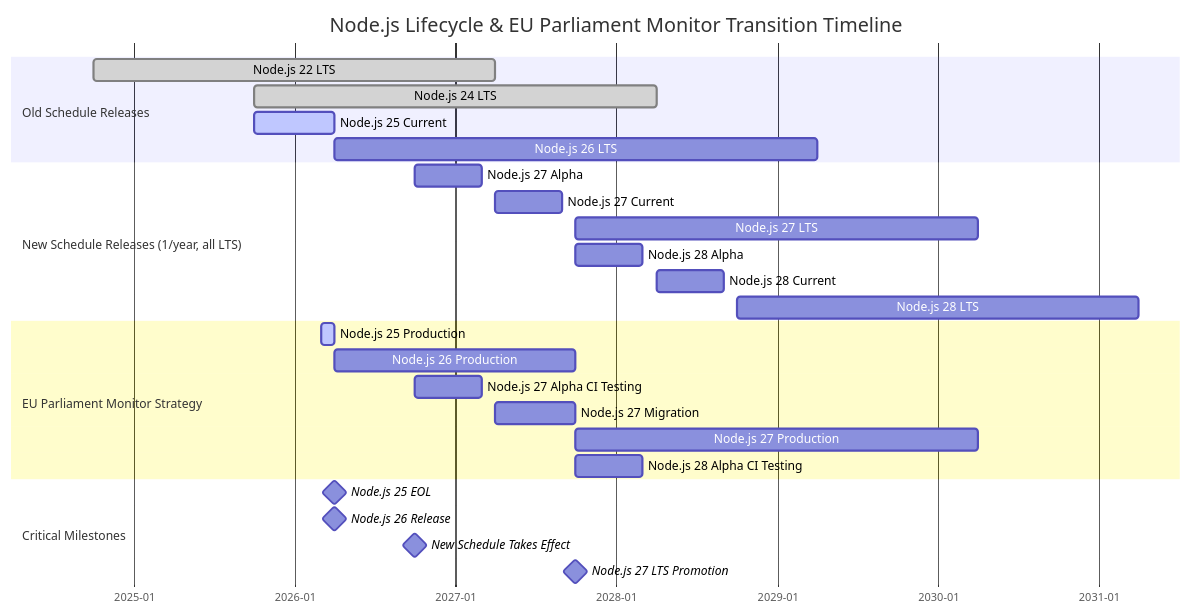
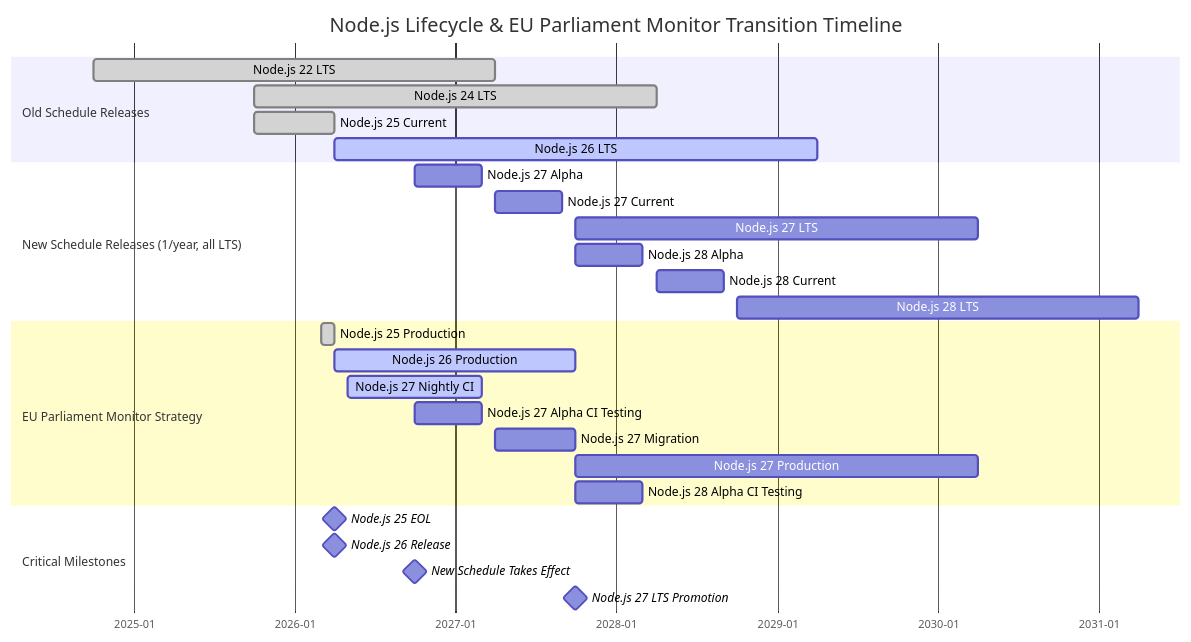
One commit to Hack23/euparliamentmonitor changed the second of 6 diagrams in End-of-Life-Strategy.md. Above: the diagram before and after it, drawn with Mermaid. The commit also changed other lines of this file and 99 other files, not shown here.

Commit message:
chore: upgrade Node.js 25→26, add Node.js 27 nightly CI testing

````diff
--- a/End-of-Life-Strategy.md
+++ b/End-of-Life-Strategy.md
@@ -222,35 +222,36 @@
 ```mermaid
 gantt
     title Node.js Lifecycle & EU Parliament Monitor Transition Timeline
     dateFormat YYYY-MM
     axisFormat %Y-%m
 
     section Old Schedule Releases
     %% LTS support windows (month-level, aligned with Node.js LTS/EOL schedule)
     Node.js 22 LTS              :done, node22, 2024-10, 2027-04
     Node.js 24 LTS              :done, node24, 2025-10, 2028-04
-    Node.js 25 Current          :active, node25, 2025-10, 2026-04
-    Node.js 26 LTS              :node26, 2026-04, 2029-04
+    Node.js 25 Current          :done, node25, 2025-10, 2026-04
+    Node.js 26 LTS              :active, node26, 2026-04, 2029-04
 
     section New Schedule Releases (1/year, all LTS)
     Node.js 27 Alpha            :node27a, 2026-10, 2027-03
     Node.js 27 Current          :node27c, 2027-04, 2027-09
     Node.js 27 LTS              :node27, 2027-10, 2030-04
     Node.js 28 Alpha            :node28a, 2027-10, 2028-03
     Node.js 28 Current          :node28c, 2028-04, 2028-09
     Node.js 28 LTS              :node28, 2028-10, 2031-04
 
     section EU Parliament Monitor Strategy
-    Node.js 25 Production       :active, ep25, 2026-03, 2026-04
-    Node.js 26 Production       :ep26, 2026-04, 2027-10
+    Node.js 25 Production       :done, ep25, 2026-03, 2026-04
+    Node.js 26 Production       :active, ep26, 2026-04, 2027-10
+    Node.js 27 Nightly CI       :active, ep27n, 2026-05, 2027-03
     Node.js 27 Alpha CI Testing :ep27a, 2026-10, 2027-03
     Node.js 27 Migration        :ep27m, 2027-04, 2027-10
     Node.js 27 Production       :ep27p, 2027-10, 2030-04
     Node.js 28 Alpha CI Testing :ep28a, 2027-10, 2028-03
 
     section Critical Milestones
     Node.js 25 EOL              :milestone, node25eol, 2026-04, 0d
     Node.js 26 Release          :milestone, node26rel, 2026-04, 0d
     New Schedule Takes Effect   :milestone, newschedule, 2026-10, 0d
     Node.js 27 LTS Promotion    :milestone, node27lts, 2027-10, 0d
 ```
````
